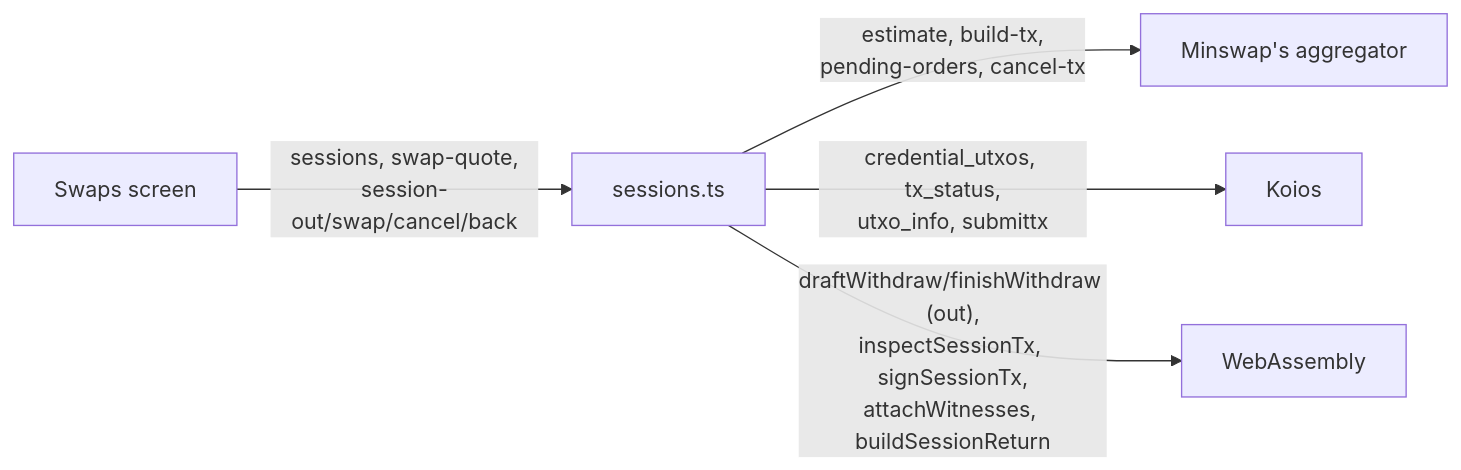
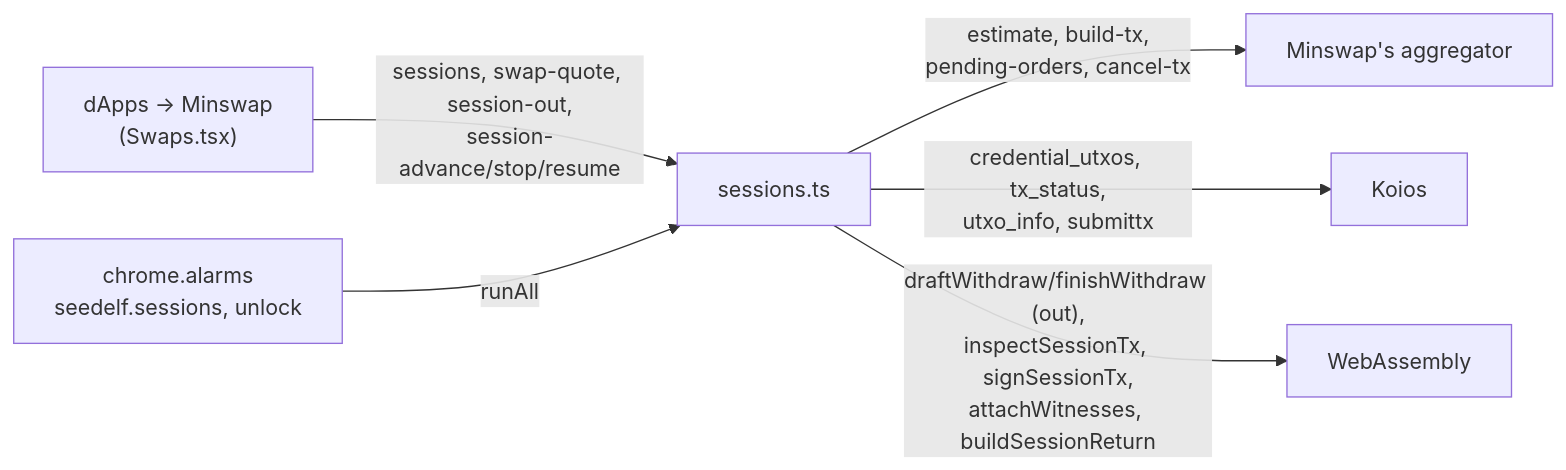
Before and after one commit to logical-mechanism/Seedelf-Wallet: the third of 3 diagrams in seedelf-platform/seedelf-web-wallet/docs/architecture.md, drawn with Mermaid. The commit also changed other lines of this file and 16 other files, not shown here.

````diff
--- a/seedelf-platform/seedelf-web-wallet/docs/architecture.md
+++ b/seedelf-platform/seedelf-web-wallet/docs/architecture.md
@@ -352,7 +352,8 @@
 ```mermaid
 flowchart LR
-  UI["Swaps screen"] -- "sessions, swap-quote,<br/>session-out/swap/cancel/back" --> S["sessions.ts"]
+  UI["dApps → Minswap<br/>(Swaps.tsx)"] -- "sessions, swap-quote, session-out,<br/>session-advance/stop/resume" --> S["sessions.ts"]
+  A["chrome.alarms<br/>seedelf.sessions, unlock"] -- "runAll" --> S
   S -- "estimate, build-tx,<br/>pending-orders, cancel-tx" --> M["Minswap's aggregator"]
   S -- "credential_utxos, tx_status,<br/>utxo_info, submittx" --> K["Koios"]
   S -- "draftWithdraw/finishWithdraw (out),<br/>inspectSessionTx, signSessionTx,<br/>attachWitnesses, buildSessionReturn" --> X["WebAssembly"]
 ```
````
